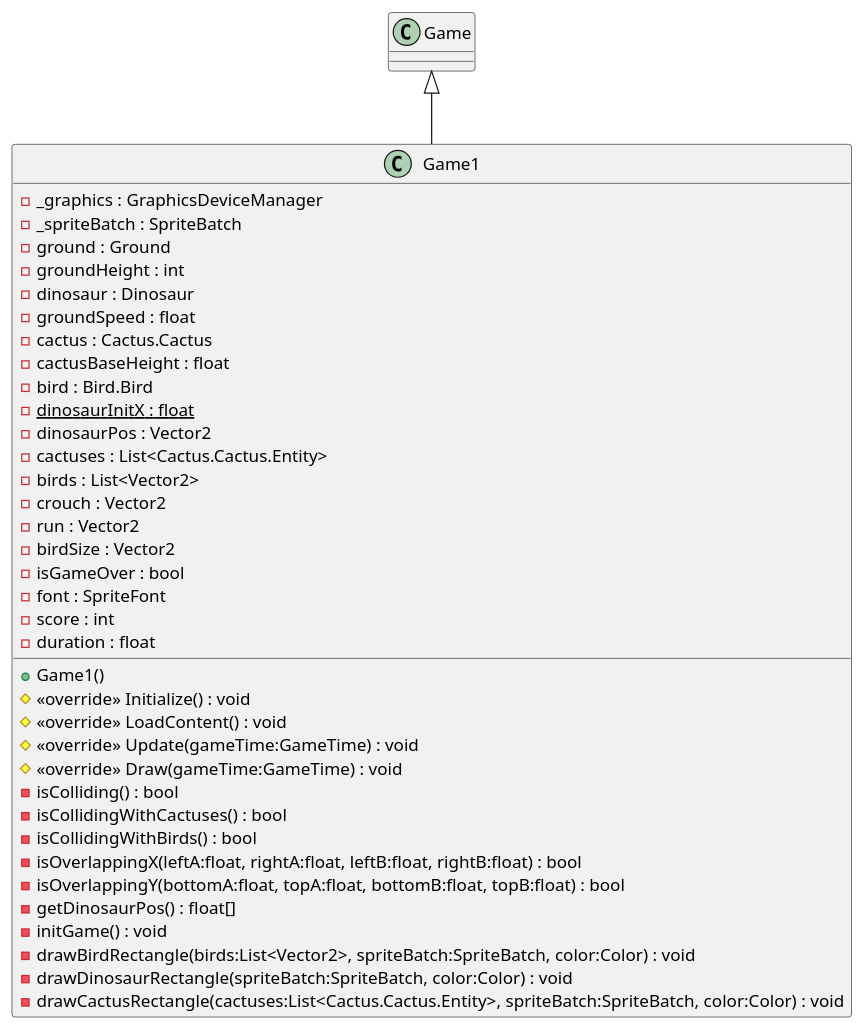
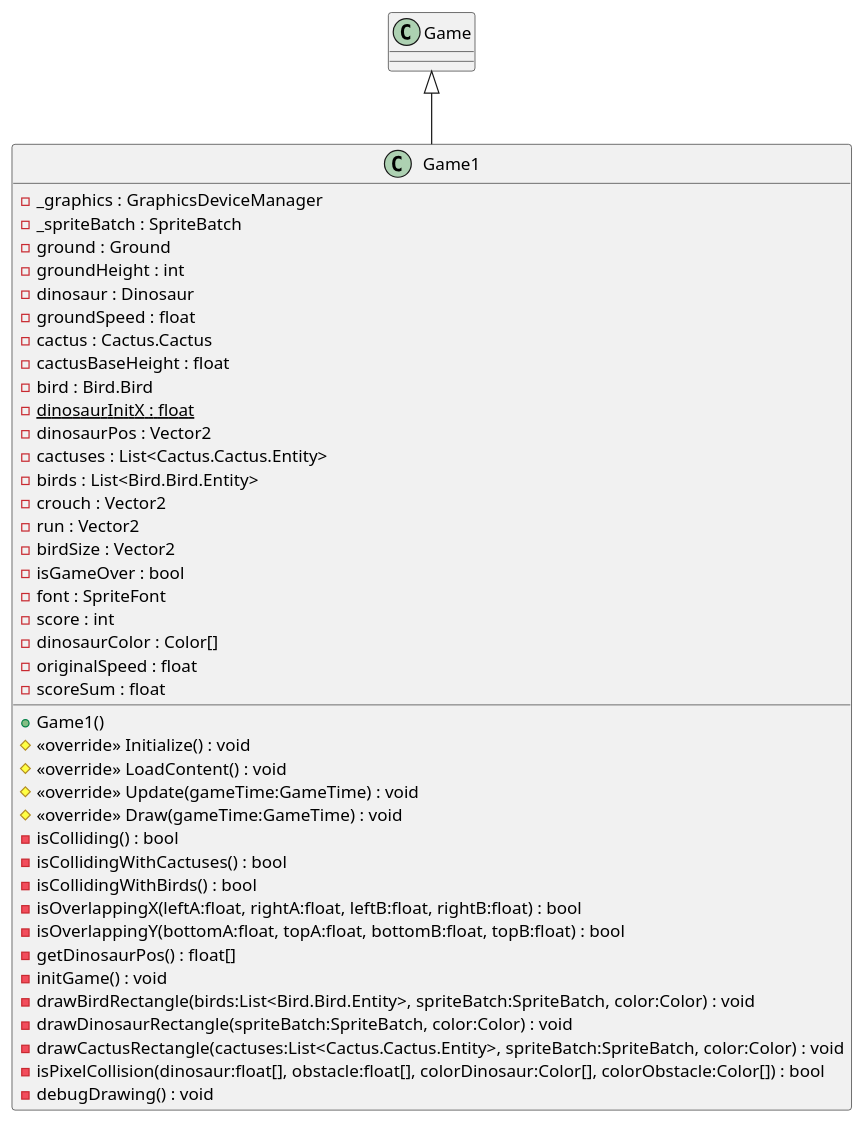
The diagram in UML/Game1.puml (Famich1ki/T-rax-game), drawn with PlantUML before and after one commit. The commit also changed 38 other files, not shown here.

Commit message:
Fixed some collision detection issues on pixel-level detection. Fixed some score recording issues. Adjusting the ground height on the screen. Adding game over frame.

```diff
--- a/UML/Game1.puml
+++ b/UML/Game1.puml
@@ -1,40 +1,44 @@
 @startuml
 class Game1 {
     - _graphics : GraphicsDeviceManager
     - _spriteBatch : SpriteBatch
     - ground : Ground
     - groundHeight : int
     - dinosaur : Dinosaur
     - groundSpeed : float
     - cactus : Cactus.Cactus
     - cactusBaseHeight : float
     - bird : Bird.Bird
     - {static} dinosaurInitX : float
     - dinosaurPos : Vector2
     - cactuses : List<Cactus.Cactus.Entity>
-    - birds : List<Vector2>
+    - birds : List<Bird.Bird.Entity>
     - crouch : Vector2
     - run : Vector2
     - birdSize : Vector2
     - isGameOver : bool
     - font : SpriteFont
     - score : int
-    - duration : float
+    - dinosaurColor : Color[]
+    - originalSpeed : float
+    - scoreSum : float
     + Game1()
     # <<override>> Initialize() : void
     # <<override>> LoadContent() : void
     # <<override>> Update(gameTime:GameTime) : void
     # <<override>> Draw(gameTime:GameTime) : void
     - isColliding() : bool
     - isCollidingWithCactuses() : bool
     - isCollidingWithBirds() : bool
     - isOverlappingX(leftA:float, rightA:float, leftB:float, rightB:float) : bool
     - isOverlappingY(bottomA:float, topA:float, bottomB:float, topB:float) : bool
     - getDinosaurPos() : float[]
     - initGame() : void
-    - drawBirdRectangle(birds:List<Vector2>, spriteBatch:SpriteBatch, color:Color) : void
+    - drawBirdRectangle(birds:List<Bird.Bird.Entity>, spriteBatch:SpriteBatch, color:Color) : void
     - drawDinosaurRectangle(spriteBatch:SpriteBatch, color:Color) : void
     - drawCactusRectangle(cactuses:List<Cactus.Cactus.Entity>, spriteBatch:SpriteBatch, color:Color) : void
+    - isPixelCollision(dinosaur:float[], obstacle:float[], colorDinosaur:Color[], colorObstacle:Color[]) : bool
+    - debugDrawing() : void
 }
 Game <|-- Game1
 @enduml
```
